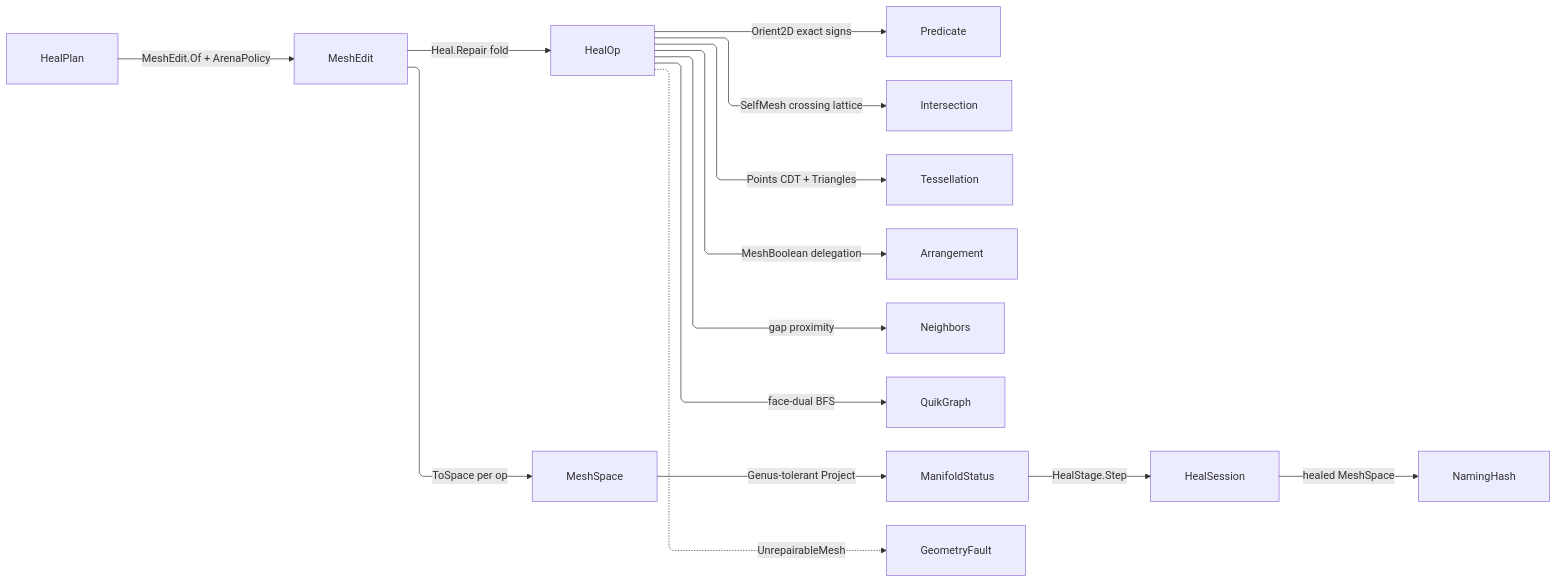
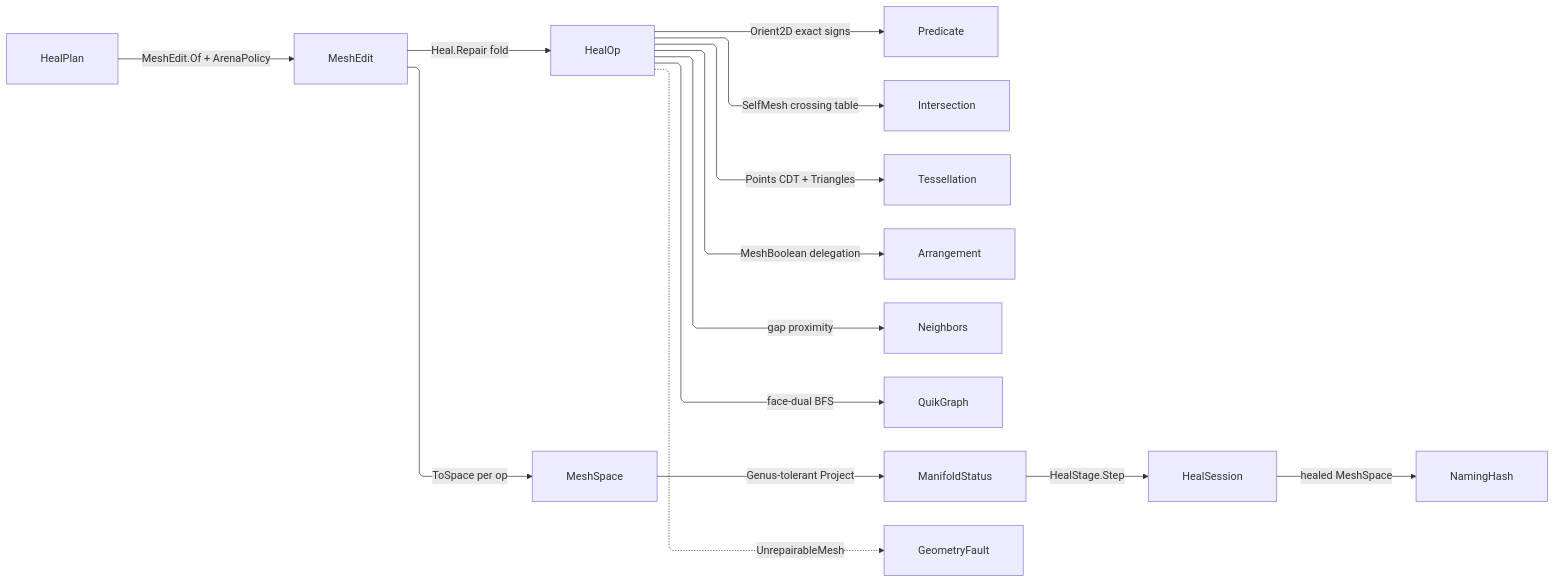
Before and after one commit to bsamiee/Rasm: the diagram in libs/dotnet/Rasm/.planning/Processing/repair.md, drawn with Mermaid. The commit also changed other lines of this file and 1997 other files, not shown here.

````diff
--- a/libs/dotnet/Rasm/.planning/Processing/repair.md
+++ b/libs/dotnet/Rasm/.planning/Processing/repair.md
@@ -484,25 +481,25 @@
 ```mermaid
 ---
 config:
   layout: elk
   flowchart:
     curve: linear
     padding: 25
 ---
 flowchart LR
     accTitle: Mesh heal operation fold
     accDescr: A heal plan entering the mesh-edit arena where each repair operation draws on exact predicates, intersection, tessellation, boolean arrangement, proximity, and face-dual traversal, the frozen space projecting manifold status into a heal step and the healed space into naming identity, with the unrepairable arm leaving as a geometry fault.
     HealPlan -->|MeshEdit.Of + ArenaPolicy| MeshEdit
     MeshEdit -->|Heal.Repair fold| HealOp
     HealOp -->|Orient2D exact signs| Predicate
-    HealOp -->|SelfMesh crossing lattice| Intersection
+    HealOp -->|SelfMesh crossing table| Intersection
     HealOp -->|Points CDT + Triangles| Tessellation
     HealOp -->|MeshBoolean delegation| Arrangement
     HealOp -->|gap proximity| Neighbors
     HealOp -->|face-dual BFS| QuikGraph
     MeshEdit -->|ToSpace per op| MeshSpace
     MeshSpace -->|Genus-tolerant Project| ManifoldStatus
     ManifoldStatus -->|HealStage.Step| HealSession
     HealSession -->|healed MeshSpace| NamingHash
     HealOp -.->|UnrepairableMesh| GeometryFault
 ```
````
